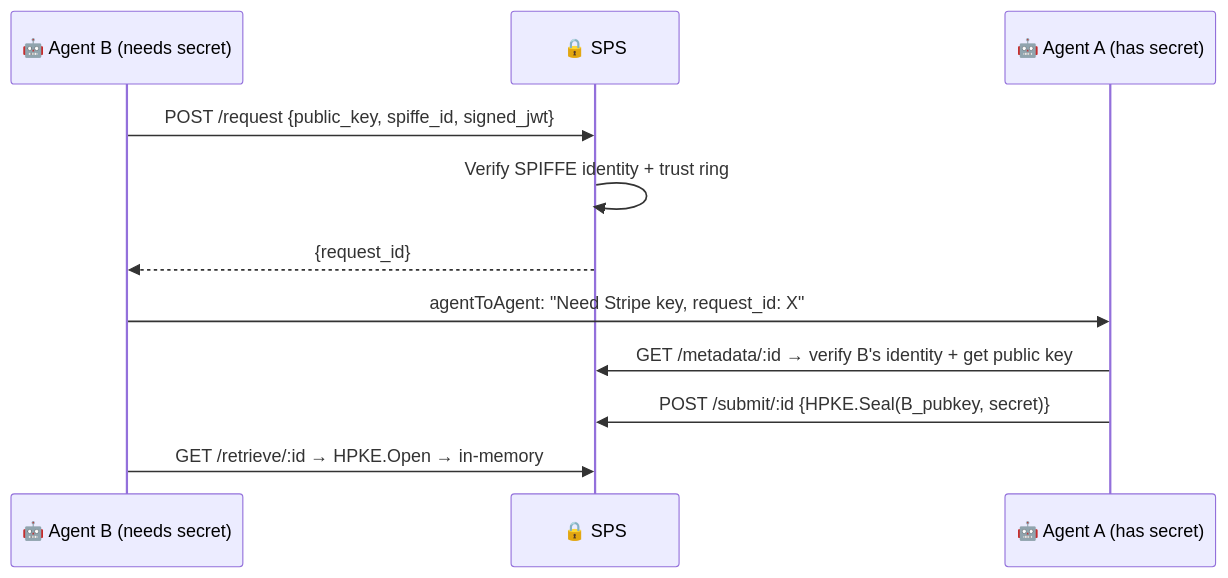
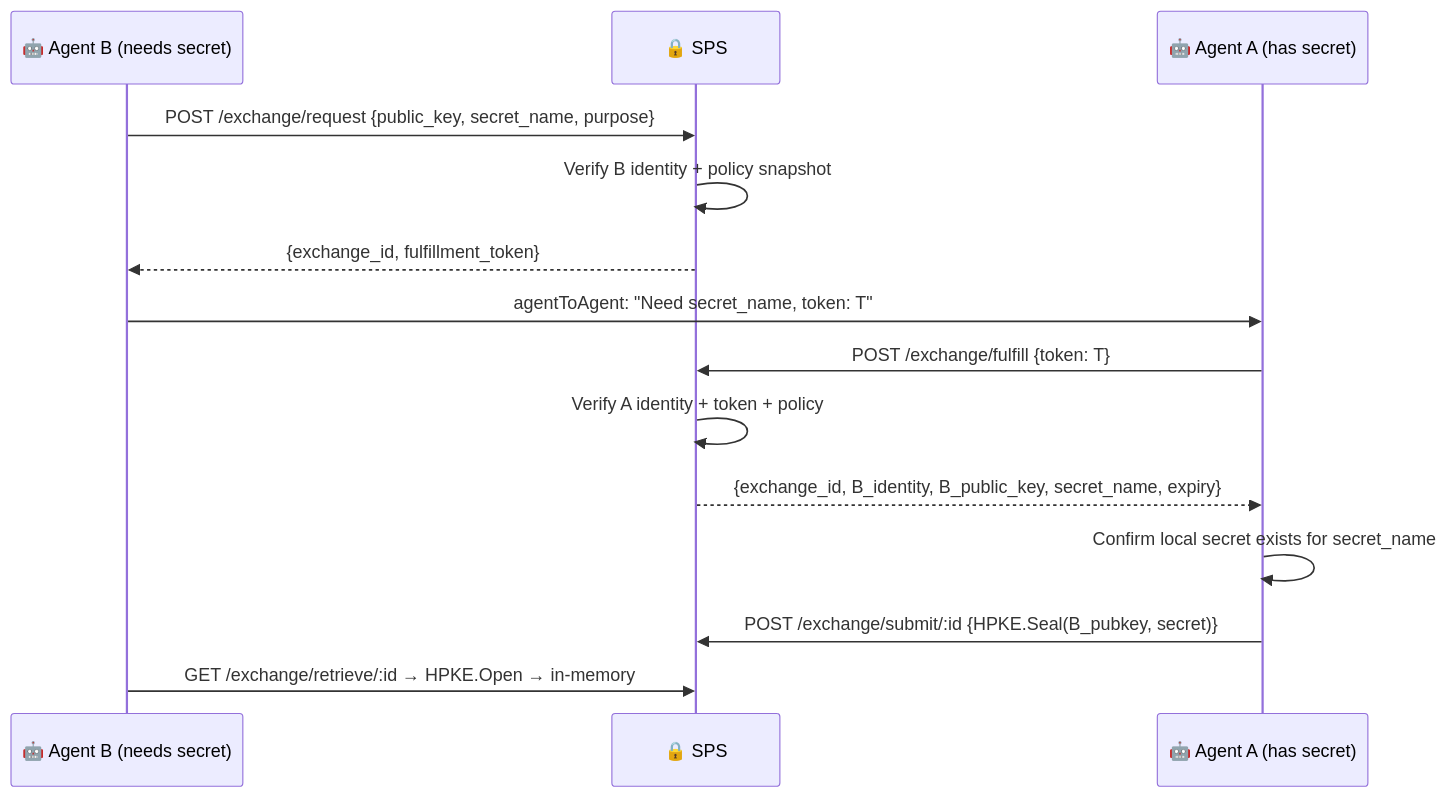
One commit to atas-tech/agent-kryptos changed the second of 3 diagrams in docs/architecture/Brainstorm Secure Secret System.md. Above: the diagram before and after it, drawn with Mermaid. The commit also changed other lines of this file and 21 other files, not shown here.

Commit message:
feat: implement Phase 2A agent-to-agent pull exchange (#1)

````diff
--- a/docs/architecture/Brainstorm Secure Secret System.md
+++ b/docs/architecture/Brainstorm Secure Secret System.md
@@ -40,14 +49,17 @@
 ```mermaid
 sequenceDiagram
     participant B as 🤖 Agent B (needs secret)
     participant SPS as 🔒 SPS
     participant A as 🤖 Agent A (has secret)
 
-    B->>SPS: POST /request {public_key, spiffe_id, signed_jwt}
-    SPS->>SPS: Verify SPIFFE identity + trust ring
-    SPS-->>B: {request_id}
-    B->>A: agentToAgent: "Need Stripe key, request_id: X"
-    A->>SPS: GET /metadata/:id → verify B's identity + get public key
-    A->>SPS: POST /submit/:id {HPKE.Seal(B_pubkey, secret)}
-    B->>SPS: GET /retrieve/:id → HPKE.Open → in-memory
+    B->>SPS: POST /exchange/request {public_key, secret_name, purpose}
+    SPS->>SPS: Verify B identity + policy snapshot
+    SPS-->>B: {exchange_id, fulfillment_token}
+    B->>A: agentToAgent: "Need secret_name, token: T"
+    A->>SPS: POST /exchange/fulfill {token: T}
+    SPS->>SPS: Verify A identity + token + policy
+    SPS-->>A: {exchange_id, B_identity, B_public_key, secret_name, expiry}
+    A->>A: Confirm local secret exists for secret_name
+    A->>SPS: POST /exchange/submit/:id {HPKE.Seal(B_pubkey, secret)}
+    B->>SPS: GET /exchange/retrieve/:id → HPKE.Open → in-memory
 ```
````
